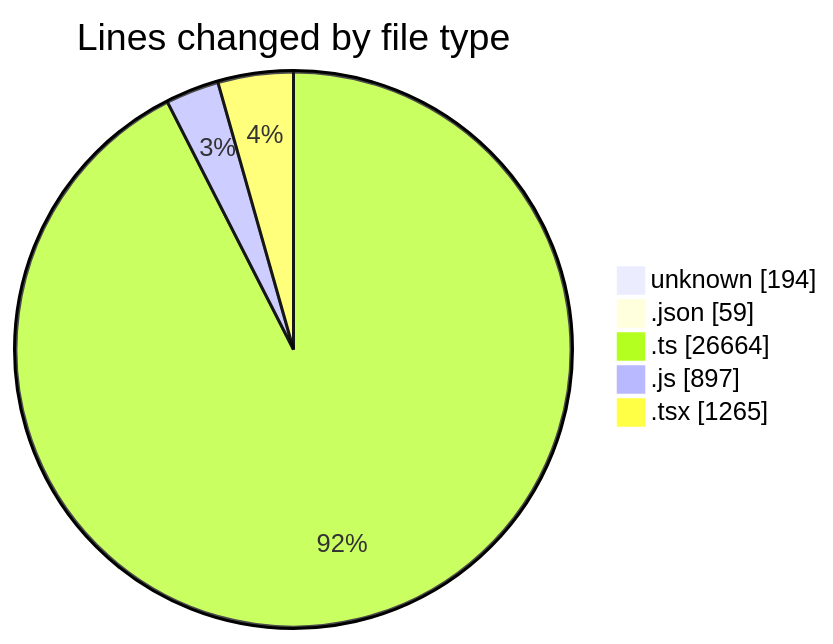
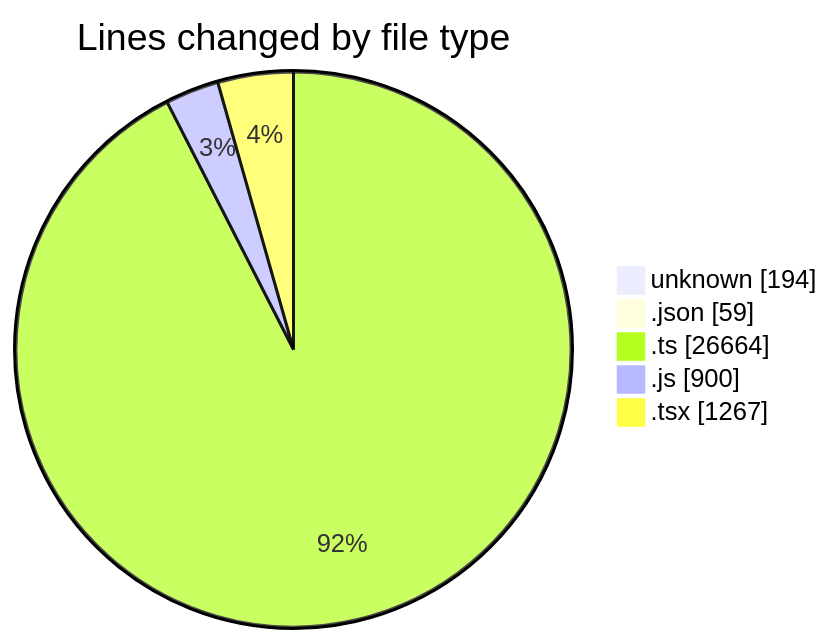
One commit to momahboobian/code-tracking changed the first of 2 diagrams in 2025-11-13/cda/README.md. Above: the diagram before and after it, drawn with Mermaid. The commit also changed other lines of this file and 1 other file, not shown here.

````diff
--- a/2025-11-13/cda/README.md
+++ b/2025-11-13/cda/README.md
@@ -35,9 +35,9 @@
 ```mermaid
 pie showData
 title Lines changed by file type
 "unknown" : 194
 ".json" : 59
 ".ts" : 26664
-".js" : 897
-".tsx" : 1265
+".js" : 900
+".tsx" : 1267
 ```
````
